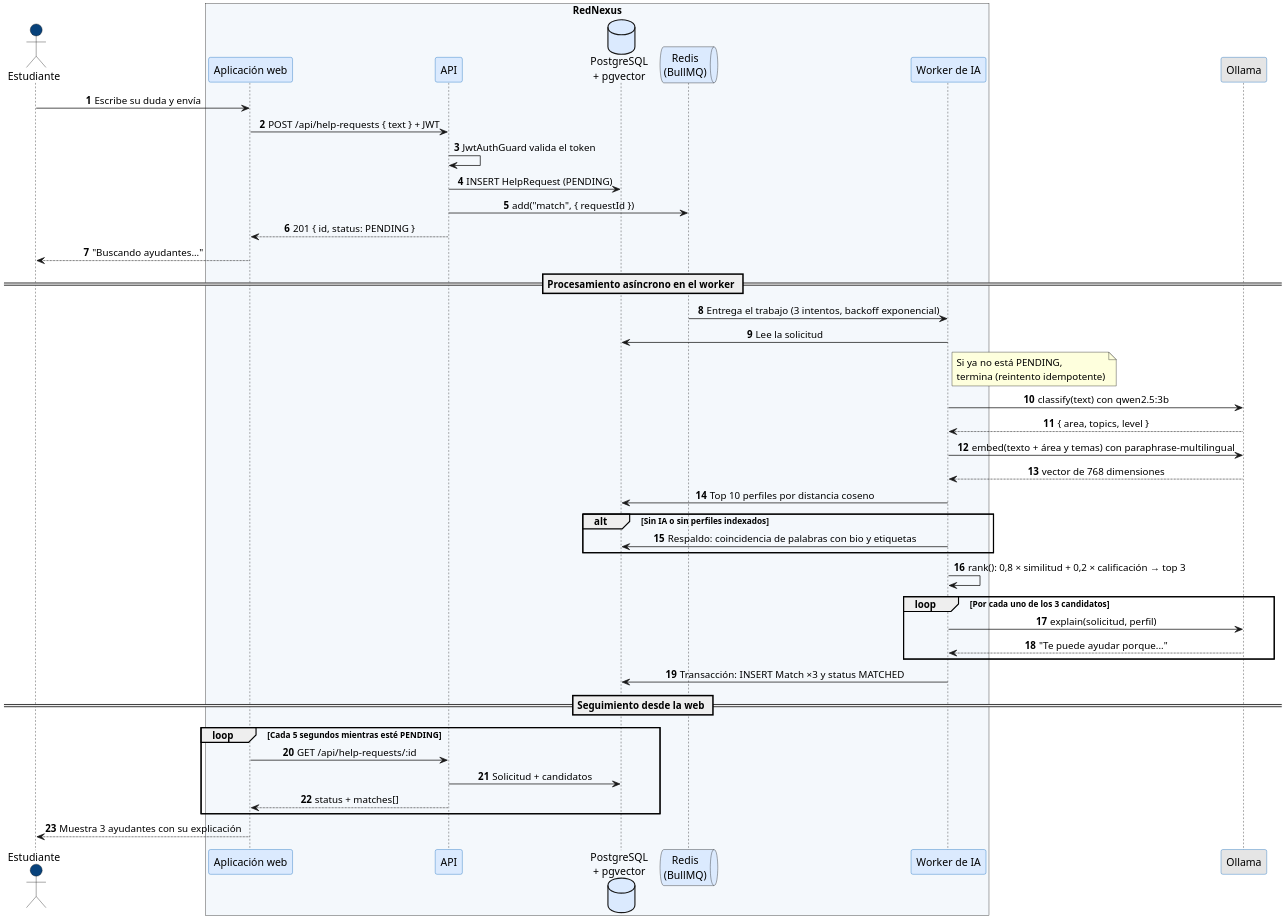
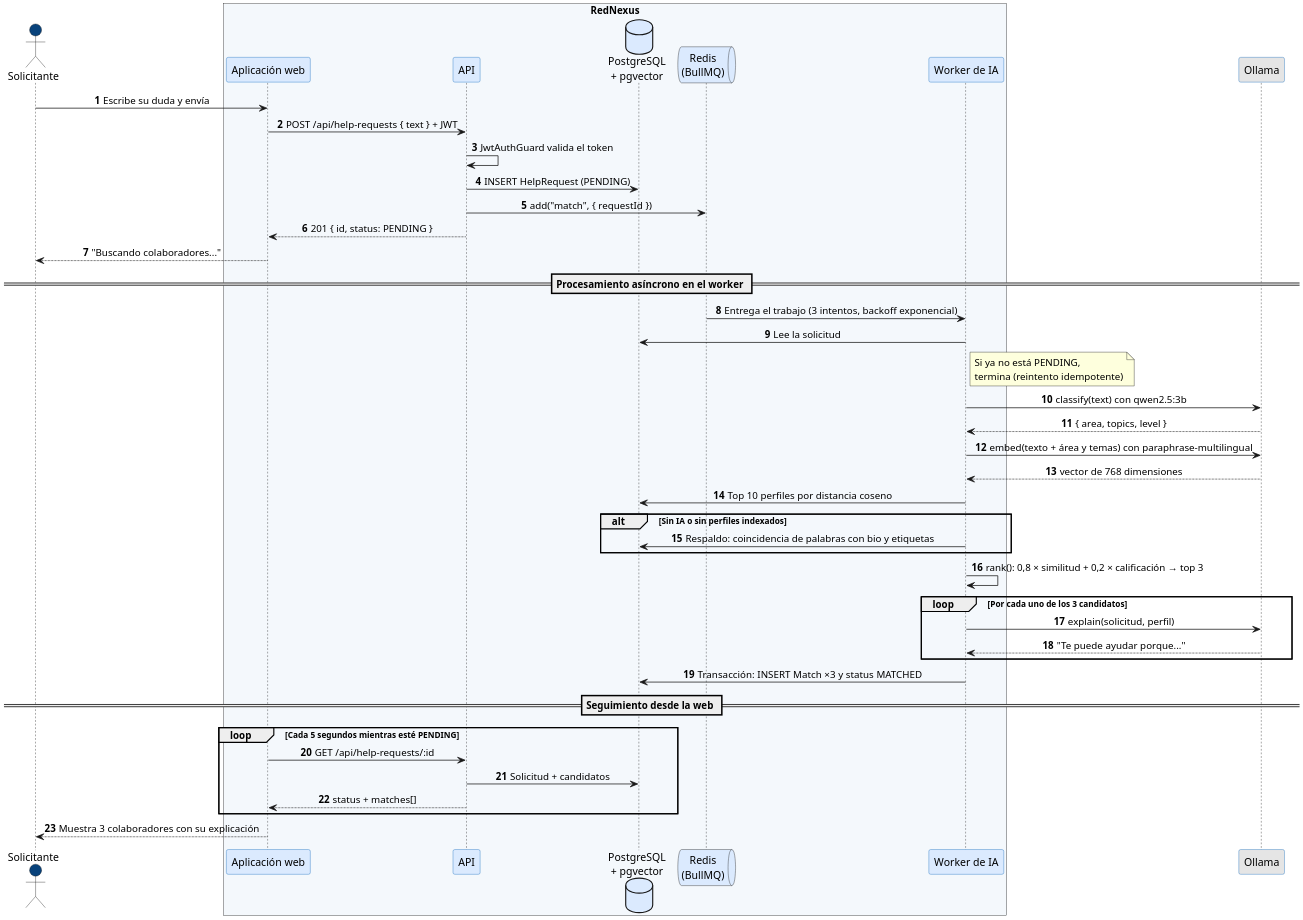
Before and after one commit to juanjosegl/RedNexus-Platform: the diagram in docs/arquitectura/diagramas/08-secuencia-solicitud-emparejamiento.puml, drawn with PlantUML. The commit also changed 15 other files, not shown here.

First line of the commit message:
docs(arquitectura): términos solicitante y colaborador en diagramas (#19)

```diff
--- a/docs/arquitectura/diagramas/08-secuencia-solicitud-emparejamiento.puml
+++ b/docs/arquitectura/diagramas/08-secuencia-solicitud-emparejamiento.puml
@@ -1,61 +1,61 @@
 @startuml 08-secuencia-solicitud-emparejamiento
 ' Publicar una solicitud y emparejar con IA (asíncrono)
 skinparam dpi 200
 skinparam defaultFontName "Helvetica"
 skinparam shadowing false
 skinparam sequenceMessageAlign center
 skinparam ParticipantBackgroundColor #dbeafe
 skinparam ParticipantBorderColor #1168bd
 skinparam DatabaseBackgroundColor #dbeafe
 skinparam QueueBackgroundColor #dbeafe
 skinparam ActorBackgroundColor #08427b
 skinparam BoxPadding 8
 autonumber
 
-actor "Estudiante" as S
+actor "Solicitante" as S
 box "RedNexus" #f4f8fc
   participant "Aplicación web" as W
   participant "API" as A
   database "PostgreSQL\n+ pgvector" as DB
   queue "Redis\n(BullMQ)" as Q
   participant "Worker de IA" as K
 end box
 participant "Ollama" as O #e5e5e5
 
 S -> W : Escribe su duda y envía
 W -> A : POST /api/help-requests { text } + JWT
 A -> A : JwtAuthGuard valida el token
 A -> DB : INSERT HelpRequest (PENDING)
 A -> Q : add("match", { requestId })
 A --> W : 201 { id, status: PENDING }
-W --> S : "Buscando ayudantes..."
+W --> S : "Buscando colaboradores..."
 
 == Procesamiento asíncrono en el worker ==
 
 Q -> K : Entrega el trabajo (3 intentos, backoff exponencial)
 K -> DB : Lee la solicitud
 note right of K : Si ya no está PENDING,\ntermina (reintento idempotente)
 K -> O : classify(text) con qwen2.5:3b
 O --> K : { area, topics, level }
 K -> O : embed(texto + área y temas) con paraphrase-multilingual
 O --> K : vector de 768 dimensiones
 K -> DB : Top 10 perfiles por distancia coseno
 alt Sin IA o sin perfiles indexados
   K -> DB : Respaldo: coincidencia de palabras con bio y etiquetas
 end
 K -> K : rank(): 0,8 × similitud + 0,2 × calificación → top 3
 loop Por cada uno de los 3 candidatos
   K -> O : explain(solicitud, perfil)
   O --> K : "Te puede ayudar porque..."
 end
 K -> DB : Transacción: INSERT Match ×3 y status MATCHED
 
 == Seguimiento desde la web ==
 
 loop Cada 5 segundos mientras esté PENDING
   W -> A : GET /api/help-requests/:id
   A -> DB : Solicitud + candidatos
   A --> W : status + matches[]
 end
-W --> S : Muestra 3 ayudantes con su explicación
+W --> S : Muestra 3 colaboradores con su explicación
 @enduml
```
